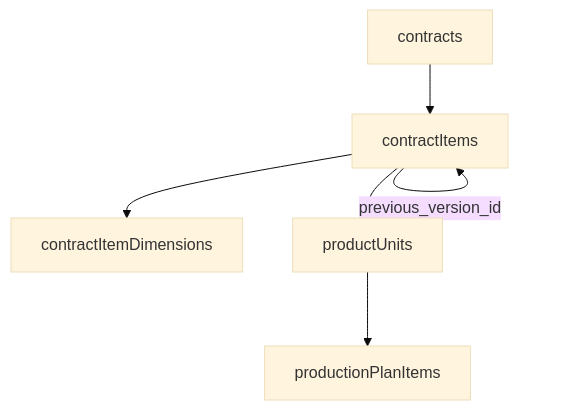
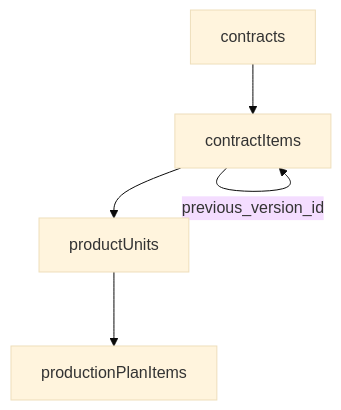
Before and after one commit to moggroupdev/erp-server: the diagram in src/database/docs/application-logic.md, drawn with Mermaid (base theme). The commit also changed other lines of this file and 13 other files, not shown here.

Commit message:
Refactor product dimensions and BOM schema to support multiple dimension variants per product. Introduce `bom_cost_snapshots` table for historical cost tracking, removing the previous `boms` table.

````diff
--- a/src/database/docs/application-logic.md
+++ b/src/database/docs/application-logic.md
@@ -183,8 +194,7 @@
 ```mermaid
 flowchart TD
   contracts --> contractItems
-  contractItems --> contractItemDimensions
   contractItems --> productUnits
   productUnits --> productionPlanItems
   contractItems -->|"previous_version_id"| contractItems
 ```
````
